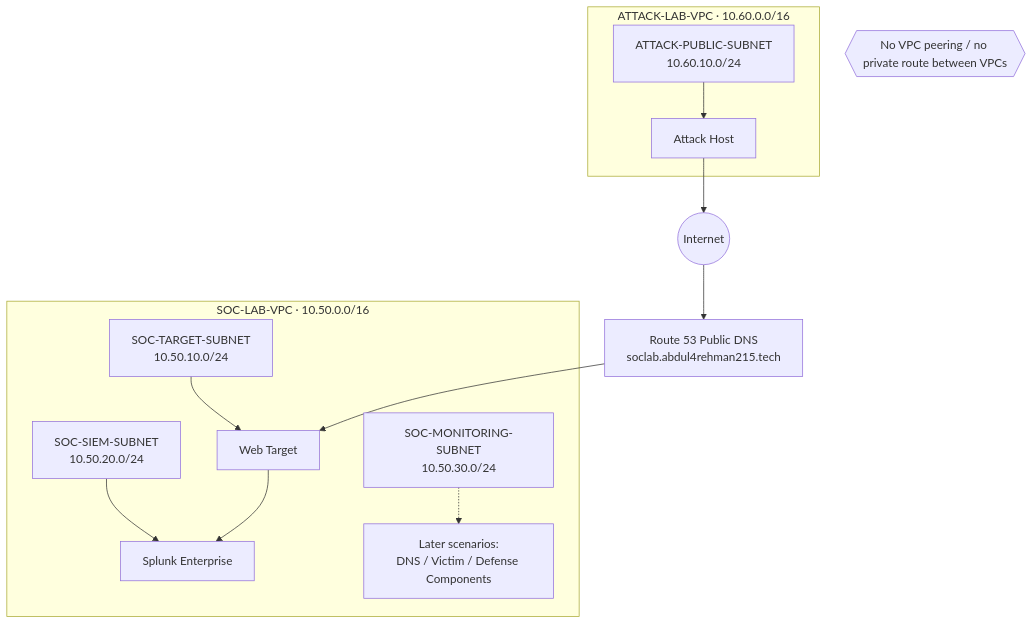
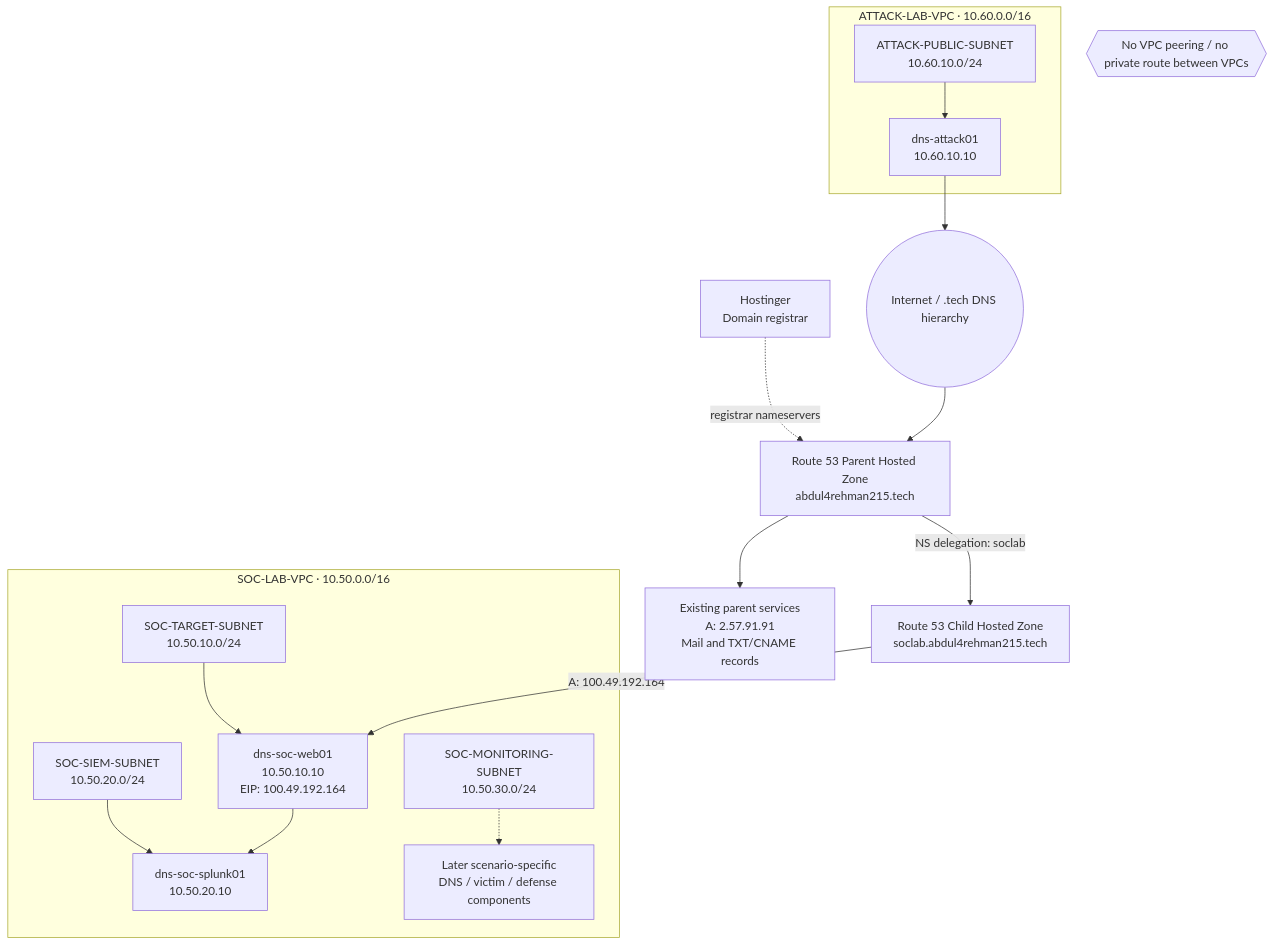
The diagram in README.md (DNS-SOC-Lab/DNS-Lab-Infrastructure), drawn with Mermaid before and after one commit. The commit also changed other lines of this file and 3 other files, not shown here.

````diff
--- a/README.md
+++ b/README.md
@@ -11,29 +11,36 @@
 ```mermaid
 flowchart TB
-    Internet((Internet))
-    R53[Route 53 Public DNS<br/>soclab.abdul4rehman215.tech]
+    Registrar[Hostinger<br/>Domain registrar]
+    Internet((Internet / .tech DNS hierarchy))
+
+    Parent[Route 53 Parent Hosted Zone<br/>abdul4rehman215.tech]
+    Existing[Existing parent services<br/>A: 2.57.91.91<br/>Mail and TXT/CNAME records]
+    Child[Route 53 Child Hosted Zone<br/>soclab.abdul4rehman215.tech]
 
     subgraph ATTACK[ATTACK-LAB-VPC · 10.60.0.0/16]
         AS[ATTACK-PUBLIC-SUBNET<br/>10.60.10.0/24]
-        A[Attack Host]
+        A[dns-attack01<br/>10.60.10.10]
         AS --> A
     end
 
     subgraph SOC[SOC-LAB-VPC · 10.50.0.0/16]
         TS[SOC-TARGET-SUBNET<br/>10.50.10.0/24]
         SS[SOC-SIEM-SUBNET<br/>10.50.20.0/24]
         MS[SOC-MONITORING-SUBNET<br/>10.50.30.0/24]
-        W[Web Target]
-        S[Splunk Enterprise]
+        W[dns-soc-web01<br/>10.50.10.10<br/>EIP: 100.49.192.164]
+        S[dns-soc-splunk01<br/>10.50.20.10]
         TS --> W
         SS --> S
-        MS -.-> M[Later scenarios:<br/>DNS / Victim / Defense Components]
+        MS -.-> M[Later scenario-specific<br/>DNS / victim / defense components]
     end
 
+    Registrar -. registrar nameservers .-> Parent
+    Internet --> Parent
+    Parent --> Existing
+    Parent -->|NS delegation: soclab| Child
+    Child -->|A: 100.49.192.164| W
     A --> Internet
-    Internet --> R53
-    R53 --> W
     W --> S
 
     X{{No VPC peering / no private route between VPCs}}
 ```
````
